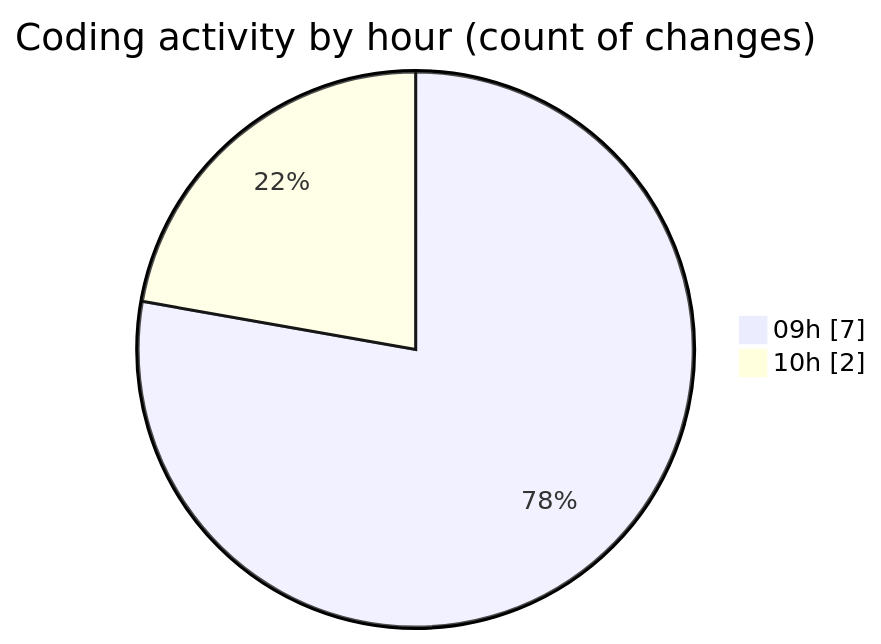
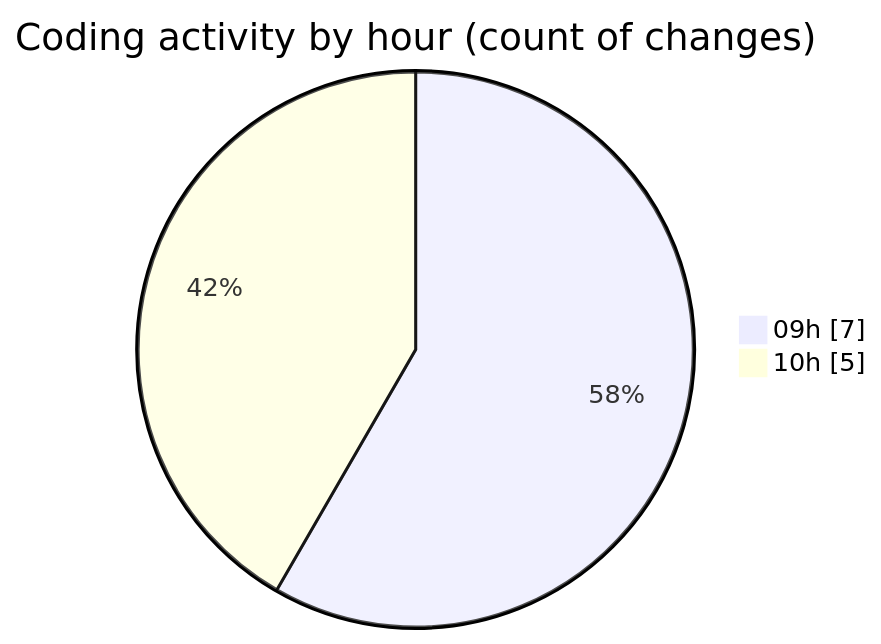
The second of 2 diagrams in 2025-02-13/cda/README.md (momahboobian/code-tracking), drawn with Mermaid before and after one commit. The commit also changed other lines of this file and 1 other file, not shown here.

````diff
--- a/2025-02-13/cda/README.md
+++ b/2025-02-13/cda/README.md
@@ -33,6 +33,6 @@
 ```mermaid
 pie showData
 title Coding activity by hour (count of changes)
 "09h" : 7
-"10h" : 2
+"10h" : 5
 ```
````
